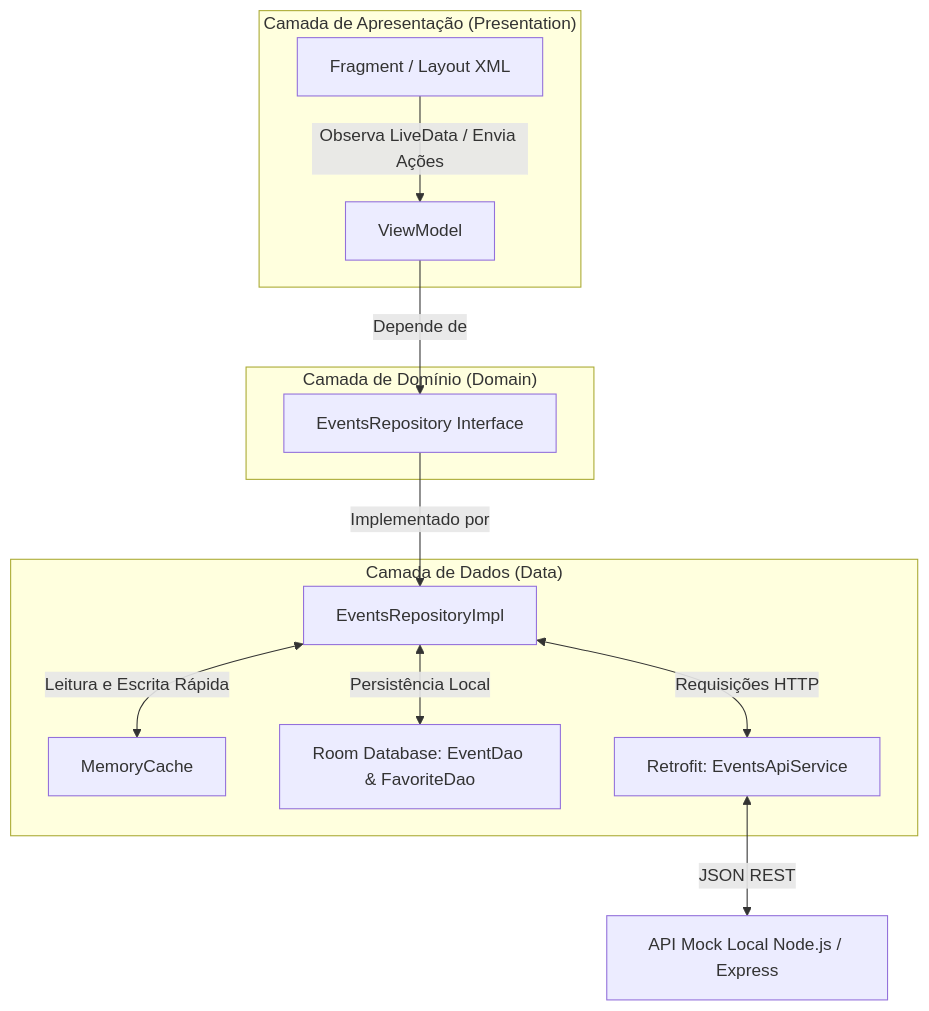
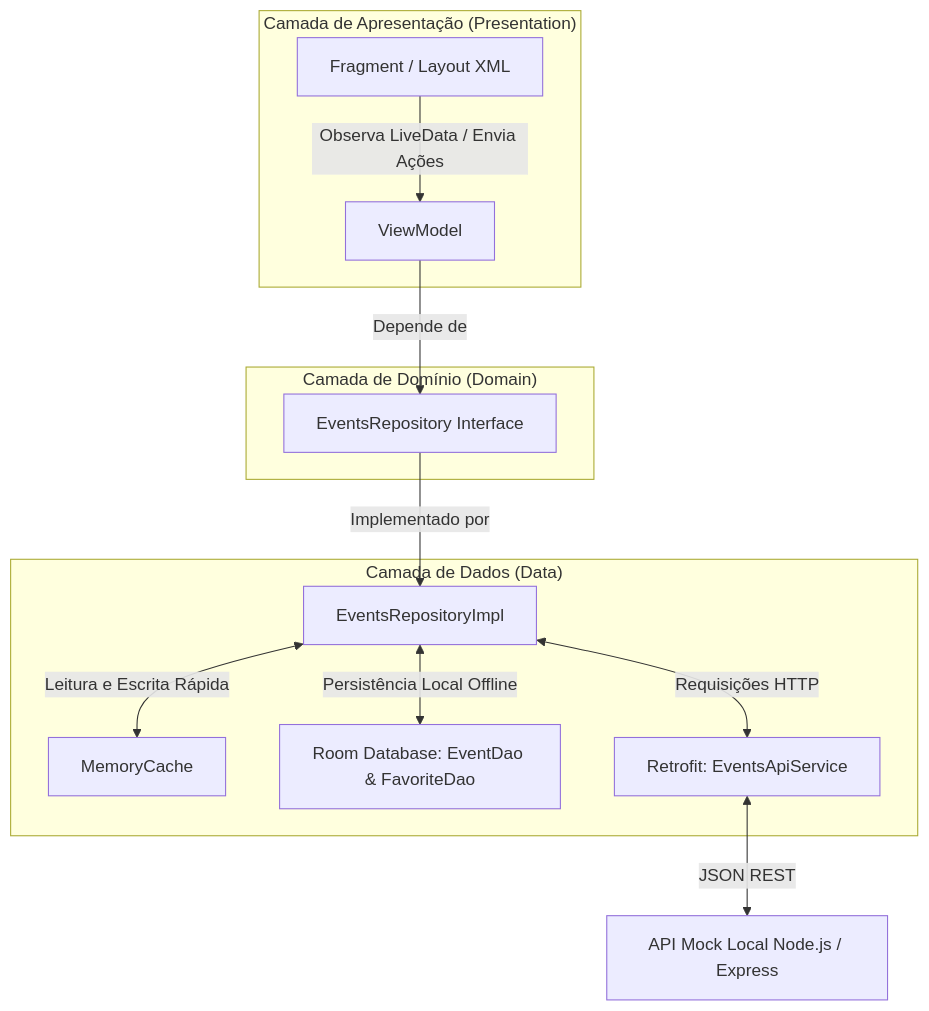
The diagram in README.md (dierlisson/TECH-EVENTS), drawn with Mermaid before and after one commit. The commit also changed other lines of this file, not shown here.

Commit message:
docs: update README and offline seed features

````diff
--- a/README.md
+++ b/README.md
@@ -36,19 +46,19 @@
 ```mermaid
 flowchart TD
     subgraph UI ["Camada de Apresentação (Presentation)"]
         A[Fragment / Layout XML] -->|Observa LiveData / Envia Ações| B[ViewModel]
     end
 
     subgraph Domain ["Camada de Domínio (Domain)"]
         B -->|Depende de| C[EventsRepository Interface]
     end
 
     subgraph Data ["Camada de Dados (Data)"]
         C -->|Implementado por| D[EventsRepositoryImpl]
         D <-->|Leitura e Escrita Rápida| E[MemoryCache]
-        D <-->|Persistência Local| F[Room Database: EventDao & FavoriteDao]
+        D <-->|Persistência Local Offline| F[Room Database: EventDao & FavoriteDao]
         D <-->|Requisições HTTP| G[Retrofit: EventsApiService]
     end
 
     G <-->|JSON REST| H[API Mock Local Node.js / Express]
 ```
````
